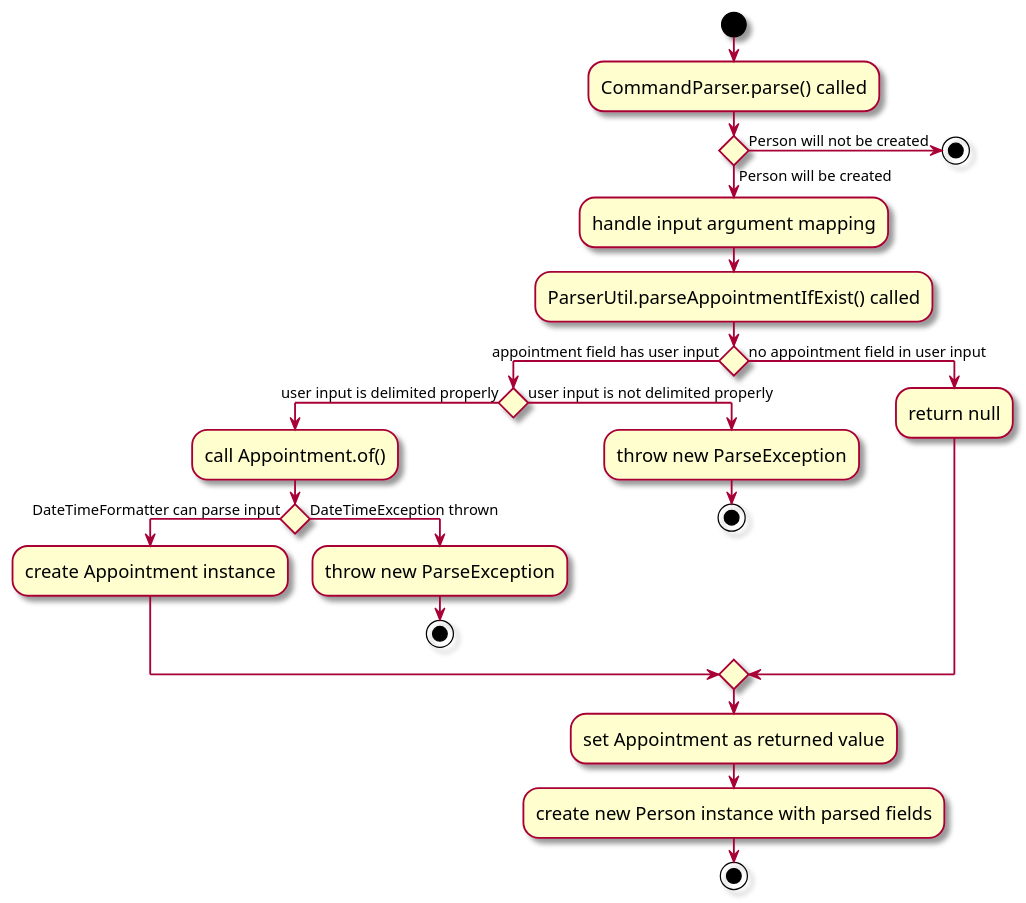
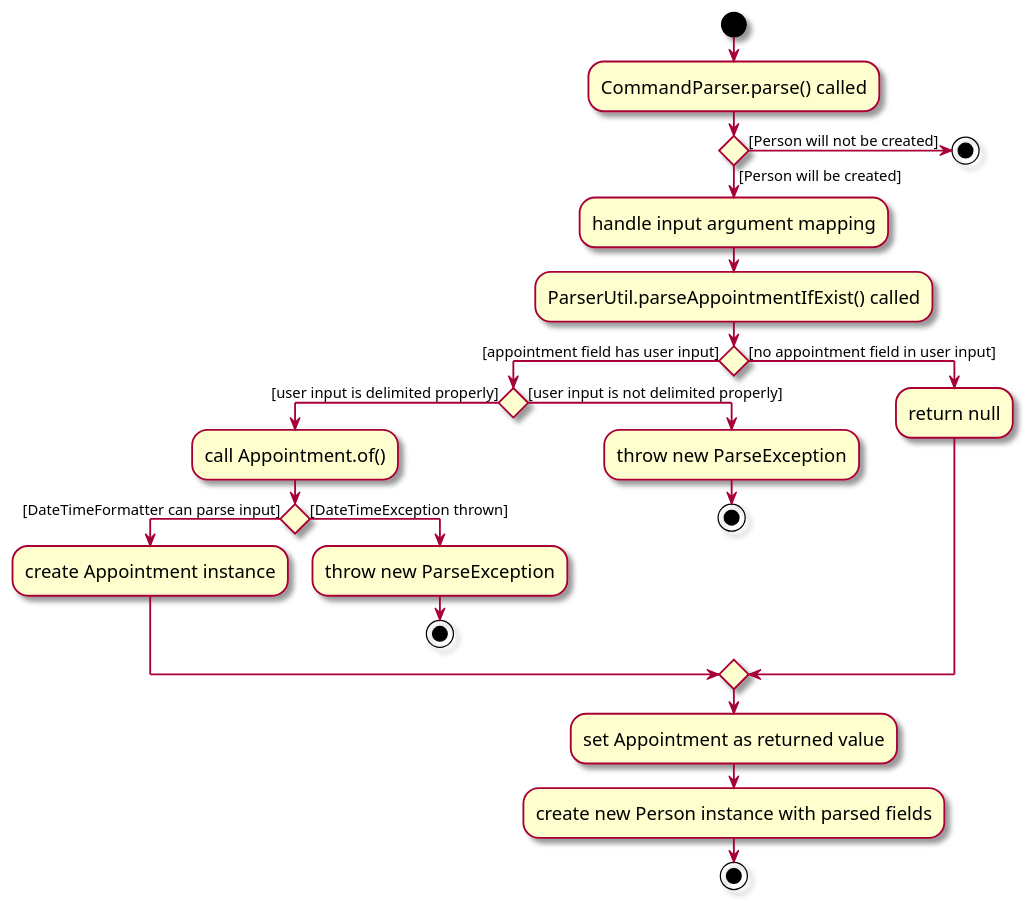
The diagram in docs/diagrams/AppointmentActivity0.puml (nus-cs2103-AY2324S1/tp), drawn with PlantUML before and after one commit.

Commit message:
Add square brackets to guard clauses

```diff
--- a/docs/diagrams/AppointmentActivity0.puml
+++ b/docs/diagrams/AppointmentActivity0.puml
@@ -1,34 +1,34 @@
 @startuml
 skin rose
 skinparam ActivityFontSize 15
 skinparam ArrowFontSize 12
 
 start
 :CommandParser.parse() called;
-if () then (Person will be created)
+if () then ([Person will be created])
 :handle input argument mapping;
 :ParserUtil.parseAppointmentIfExist() called;
-if () then (appointment field has user input)
-    if () then (user input is delimited properly)
+if () then ([appointment field has user input])
+    if () then ([user input is delimited properly])
         :call Appointment.of();
-        if () then (DateTimeFormatter can parse input)
+        if () then ([DateTimeFormatter can parse input])
             :create Appointment instance;
-        else (DateTimeException thrown)
+        else ([DateTimeException thrown])
             :throw new ParseException;
             stop
         endif
-    else (user input is not delimited properly)
+    else ([user input is not delimited properly])
         :throw new ParseException;
         stop
     endif
-else (no appointment field in user input)
+else ([no appointment field in user input])
     :return null;
 endif
 :set Appointment as returned value;
 :create new Person instance with parsed fields;
 stop
 
-else (Person will not be created)
+else ([Person will not be created])
 stop
 
 @enduml
```
